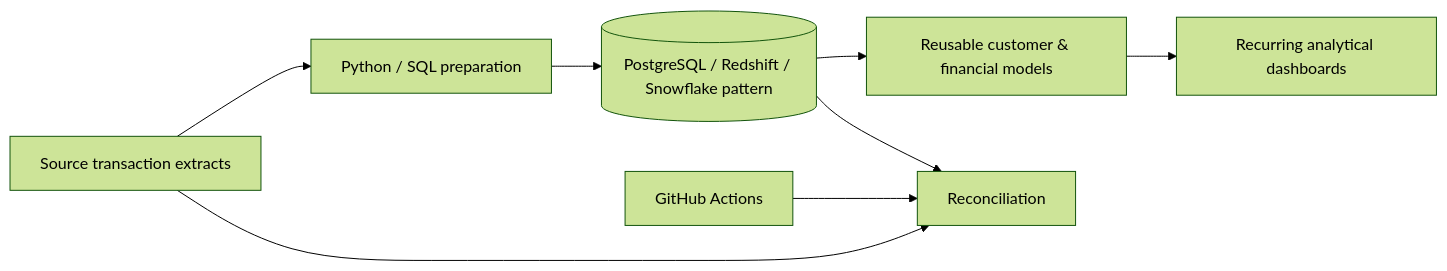
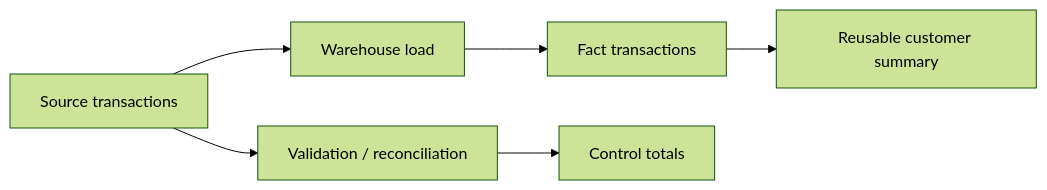
Before and after one commit to Nithinkonjeti-1930/Banking-Warehouse-Performance-Reconciliation-Automation: the diagram in README.md, drawn with Mermaid (forest theme). The commit also changed other lines of this file and 15 other files, not shown here.

````diff
--- a/README.md
+++ b/README.md
@@ -9,10 +17,8 @@
 ```mermaid
 flowchart LR
-    SRC[Source transaction extracts] --> ETL[Python / SQL preparation]
-    ETL --> WH[(PostgreSQL / Redshift / Snowflake pattern)]
-    WH --> MODEL[Reusable customer & financial models]
-    MODEL --> DASH[Recurring analytical dashboards]
-    SRC --> REC[Reconciliation]
-    WH --> REC
-    CI[GitHub Actions] --> REC
+  S[Source transactions] --> V[Validation / reconciliation]
+  S --> L[Warehouse load]
+  L --> F[Fact transactions]
+  F --> R[Reusable customer summary]
+  V --> C[Control totals]
 ```
````
